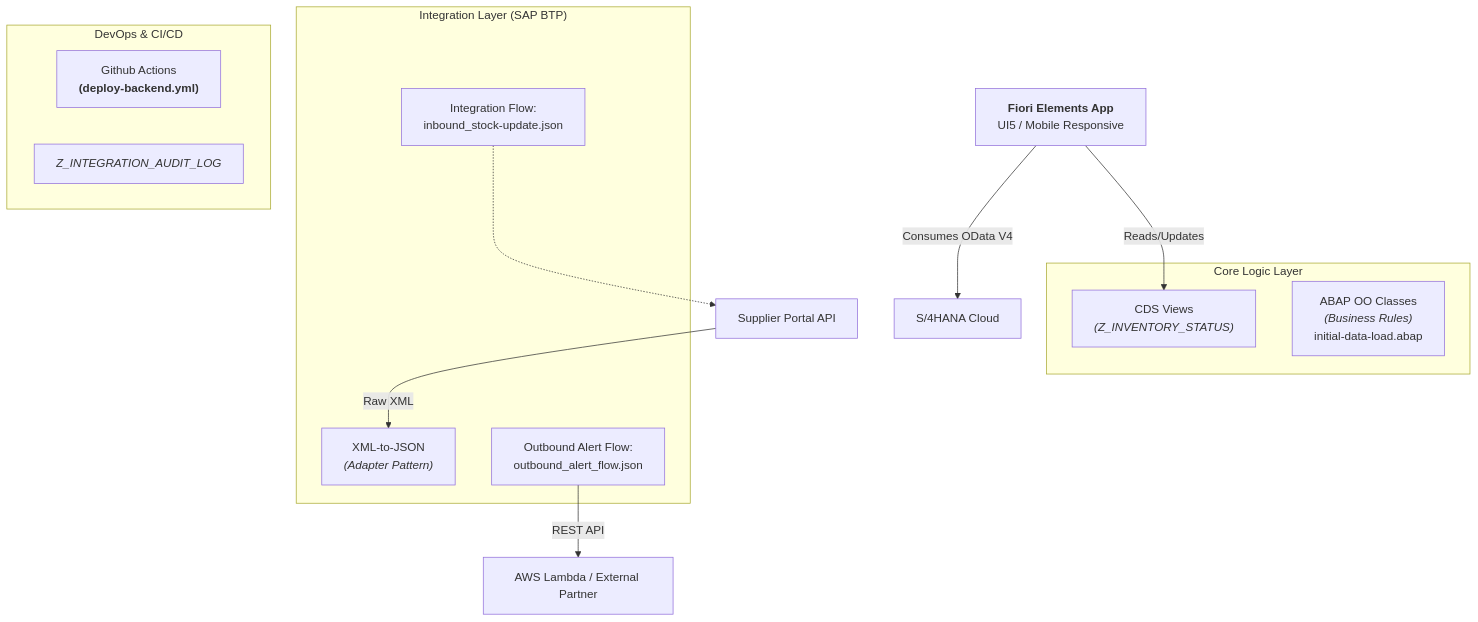
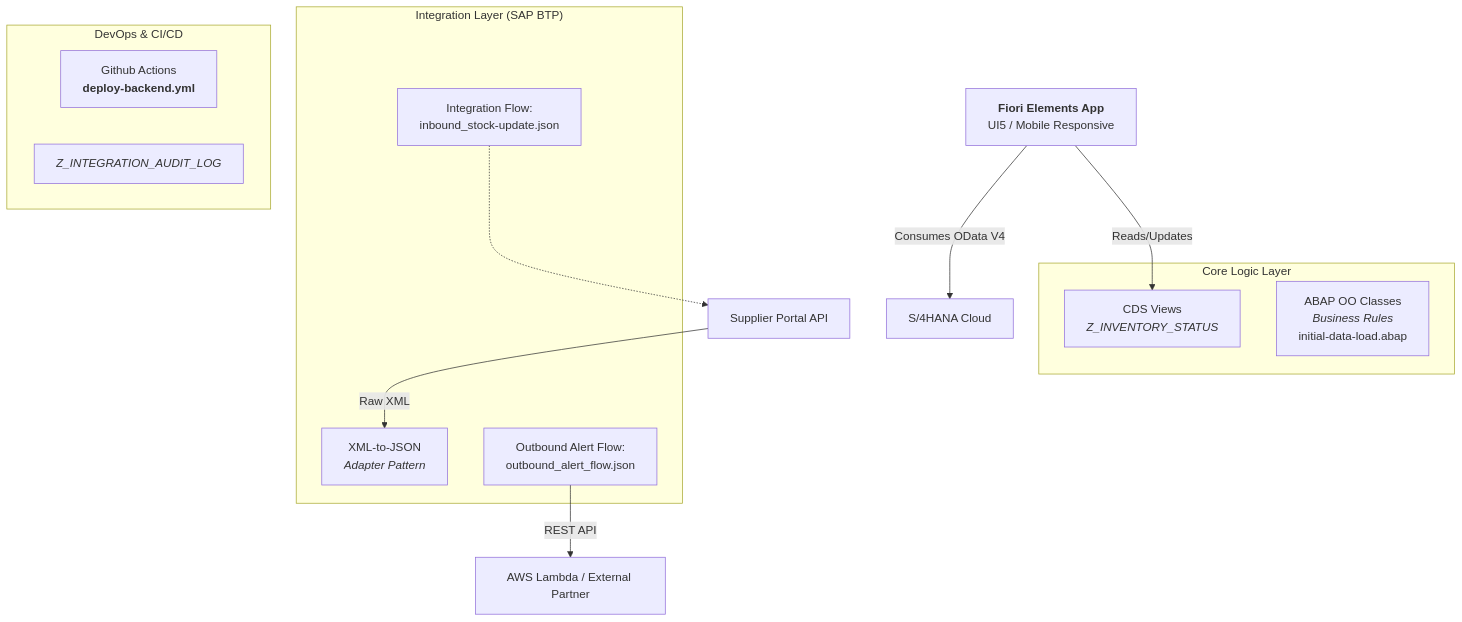
One commit to Logic-HQ/SAP-Extensibility-Hub-CPI-Adapter-Supplier-Fork changed the diagram in README.md. Above: the diagram before and after it, drawn with Mermaid.

Commit message:
Enhance README formatting and emphasis
Updated formatting and emphasis in the README for better readability.

````diff
--- a/README.md
+++ b/README.md
@@ -25,28 +25,36 @@
 ```mermaid
 graph TD;
-    Client["<b>Fiori Elements App</b><br/>UI5 / Mobile Responsive"] --> |Consumes OData V4| API[S/4HANA Cloud];
+    Client["`**Fiori Elements App**
+UI5 / Mobile Responsive`"] --> |Consumes OData V4| API[S/4HANA Cloud];
     
     subgraph "Core Logic Layer"
-        CDS["CDS Views<br/><i>(Z_INVENTORY_STATUS)</i>"];
-        ABAP["ABAP OO Classes<br/><i>(Business Rules)</i><br/>initial-data-load.abap"];
+        CDS["`CDS Views
+*Z_INVENTORY_STATUS*`"];
+        ABAP["`ABAP OO Classes
+*Business Rules*
+initial-data-load.abap`"];
     end
     
     Client --> |Reads/Updates| CDS;
     
     subgraph "Integration Layer (SAP BTP)"
-        FlowInbound["Integration Flow:<br/>inbound_stock-update.json"];
-        Mapping["XML-to-JSON<br/><i>(Adapter Pattern)</i>"];
-        Outbound["Outbound Alert Flow:<br/>outbound_alert_flow.json"];
+        FlowInbound["`Integration Flow:
+inbound_stock-update.json`"];
+        Mapping["`XML-to-JSON
+*Adapter Pattern*`"];
+        Outbound["`Outbound Alert Flow:
+outbound_alert_flow.json`"];
     end
     
     Supplier["Supplier Portal API"] --> |Raw XML| Mapping;
     
     subgraph "DevOps & CI/CD"
-        Github["Github Actions<br/><b>(deploy-backend.yml)</b>"];
-        Audit["<i>Z_INTEGRATION_AUDIT_LOG</i>"];
+        Github["`Github Actions
+**deploy-backend.yml**`"];
+        Audit["`*Z_INTEGRATION_AUDIT_LOG*`"];
     end
     
     FlowInbound -.-> Supplier;
     Outbound --> |REST API| Gateway["AWS Lambda / External Partner"];
     
 ```
````
